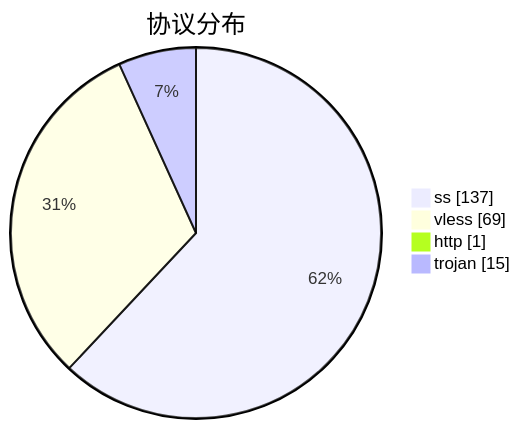
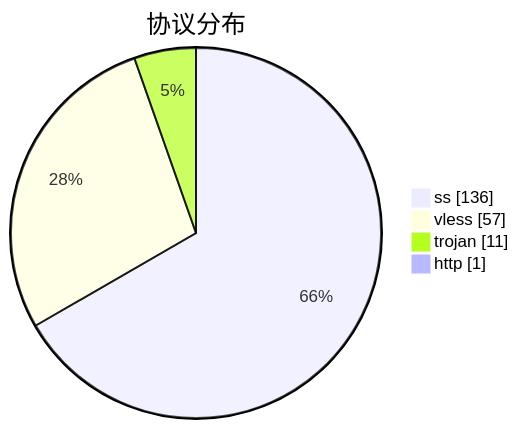
One commit to qjlxg/airport changed the third of 3 diagrams in subs/statistics/tested_within.md. Above: the diagram before and after it, drawn with Mermaid. The commit also changed other lines of this file and 2 other files, not shown here.

````diff
--- a/subs/statistics/tested_within.md
+++ b/subs/statistics/tested_within.md
@@ -17,8 +17,8 @@
 ```mermaid
 pie showData
 title 协议分布
-"ss" : 137
-"vless" : 69
+"ss" : 136
+"vless" : 57
+"trojan" : 11
 "http" : 1
-"trojan" : 15
 ```
````
